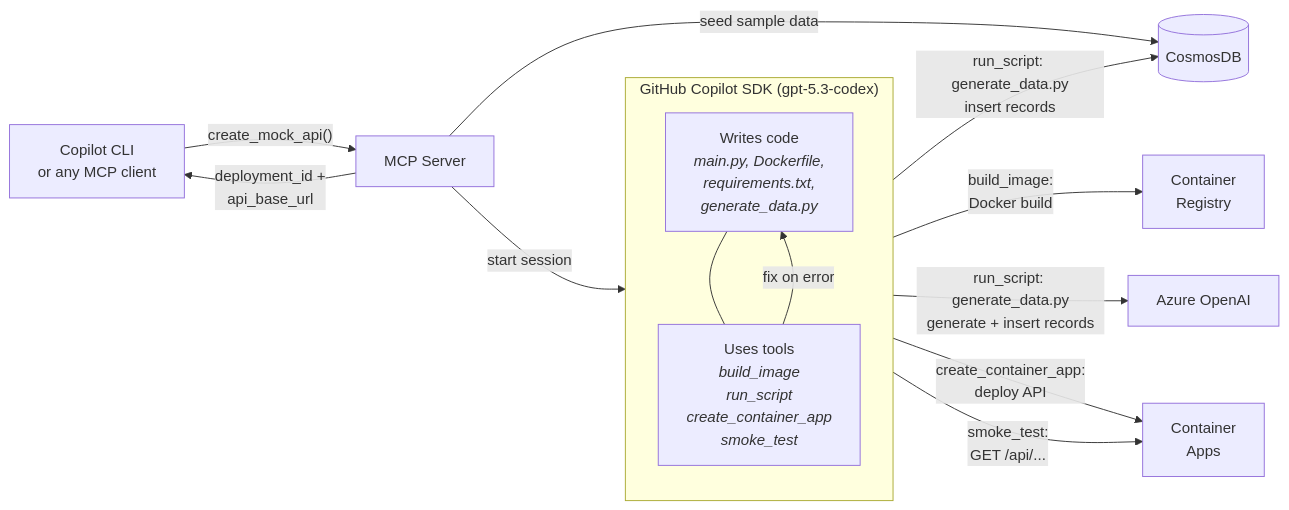
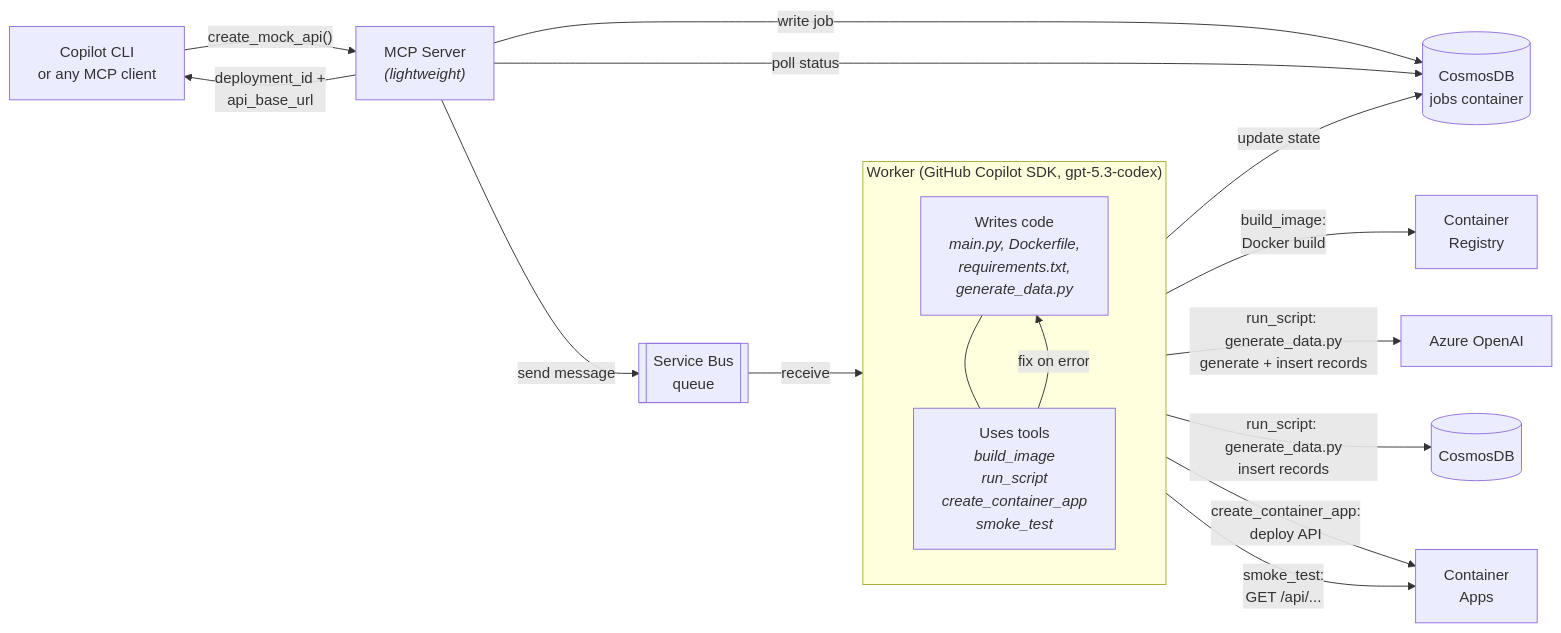
One commit to tkubica12/agentic-component-factory changed the diagram in docs/README.md. Above: the diagram before and after it, drawn with Mermaid. The commit also changed other lines of this file and 15 other files, not shown here.

First line of the commit message:
Service Bus refactor: MCP server + worker split

````diff
--- a/docs/README.md
+++ b/docs/README.md
@@ -27,29 +29,34 @@
 ```mermaid
 flowchart LR
     Agent["Copilot CLI<br>or any MCP client"]
-    MCP["MCP Server"]
+    MCP["MCP Server<br><i>(lightweight)</i>"]
+    SB[["Service Bus<br>queue"]]
+    State[("CosmosDB<br>jobs container")]
     Cosmos[("CosmosDB")]
     ACR["Container<br>Registry"]
     AOAI["Azure OpenAI"]
     ACA["Container<br>Apps"]
 
-    subgraph SDK ["GitHub Copilot SDK (gpt-5.3-codex)"]
+    subgraph Worker ["Worker (GitHub Copilot SDK, gpt-5.3-codex)"]
         direction TB
         Writes["Writes code<br><i>main.py, Dockerfile,<br>requirements.txt,<br>generate_data.py</i>"]
         Tools["Uses tools<br><i>build_image<br>run_script<br>create_container_app<br>smoke_test</i>"]
         Writes --- Tools
         Tools -- "fix on error" --> Writes
     end
 
     Agent -- "create_mock_api()" --> MCP
-    MCP -- "seed sample data" --> Cosmos
-    MCP -- "start session" --> SDK
+    MCP -- "write job" --> State
+    MCP -- "send message" --> SB
+    SB -- "receive" --> Worker
+    MCP -- "poll status" --> State
 
     Tools -- "build_image:<br>Docker build" --> ACR
     Tools -- "run_script: generate_data.py<br>generate + insert records" --> AOAI
     Tools -- "run_script: generate_data.py<br>insert records" --> Cosmos
     Tools -- "create_container_app:<br>deploy API" --> ACA
     Tools -- "smoke_test:<br>GET /api/..." --> ACA
 
+    Worker -- "update state" --> State
     MCP -- "deployment_id +<br>api_base_url" --> Agent
 ```
````
